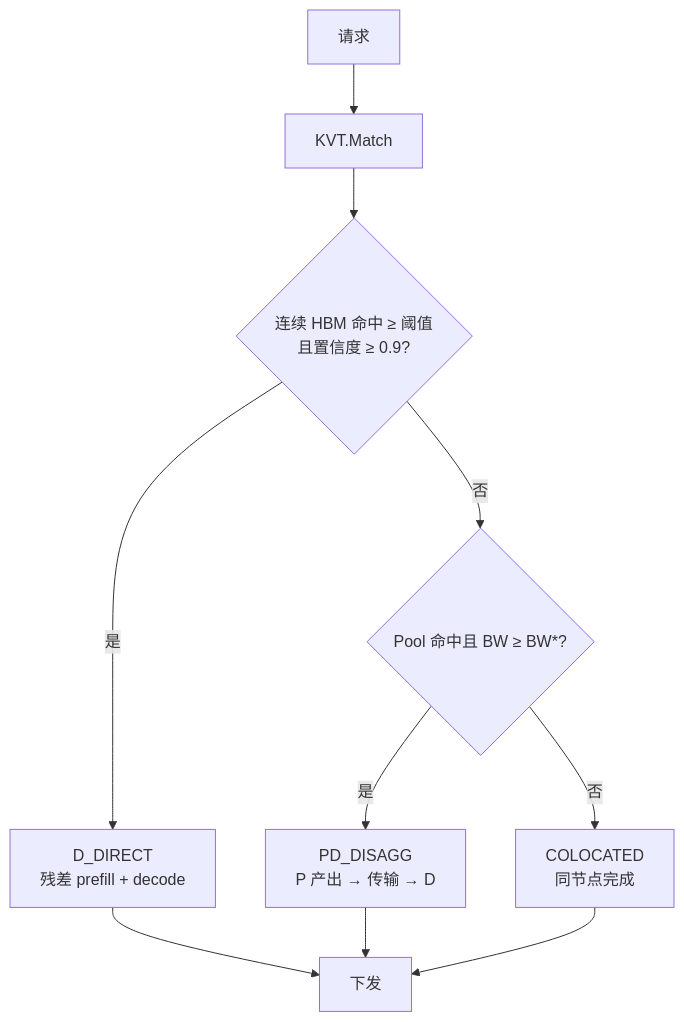
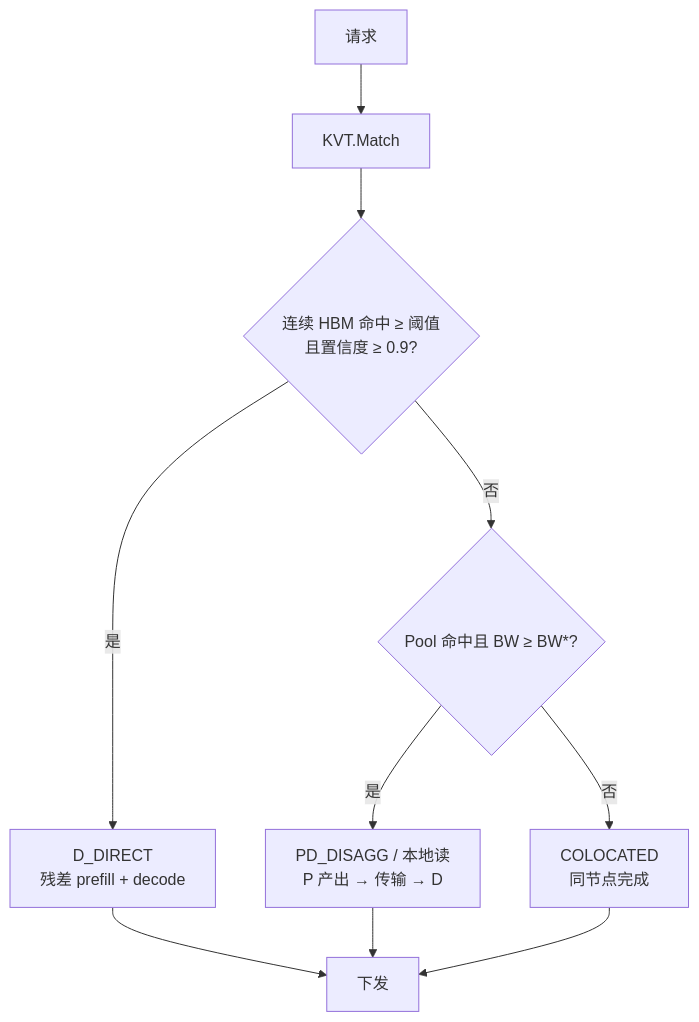
Before and after one commit to 5x8-40/lake: the second of 10 diagrams in kvcm/design/flows/scheduling.md, drawn with Mermaid. The commit also changed other lines of this file and 5 other files, not shown here.

````diff
--- a/kvcm/design/flows/scheduling.md
+++ b/kvcm/design/flows/scheduling.md
@@ -47,12 +49,12 @@
 ```mermaid
 flowchart TB
     S["请求"] --> H["KVT.Match"]
     H --> D{"连续 HBM 命中 ≥ 阈值<br/>且置信度 ≥ 0.9?"}
     D -->|"是"| DD["D_DIRECT<br/>残差 prefill + decode"]
     D -->|"否"| P{"Pool 命中且 BW ≥ BW*?"}
-    P -->|"是"| PD["PD_DISAGG<br/>P 产出 → 传输 → D"]
+    P -->|"是"| PD["PD_DISAGG / 本地读<br/>P 产出 → 传输 → D"]
     P -->|"否"| CO["COLOCATED<br/>同节点完成"]
     DD --> O["下发"]
     PD --> O
     CO --> O
 ```
````
